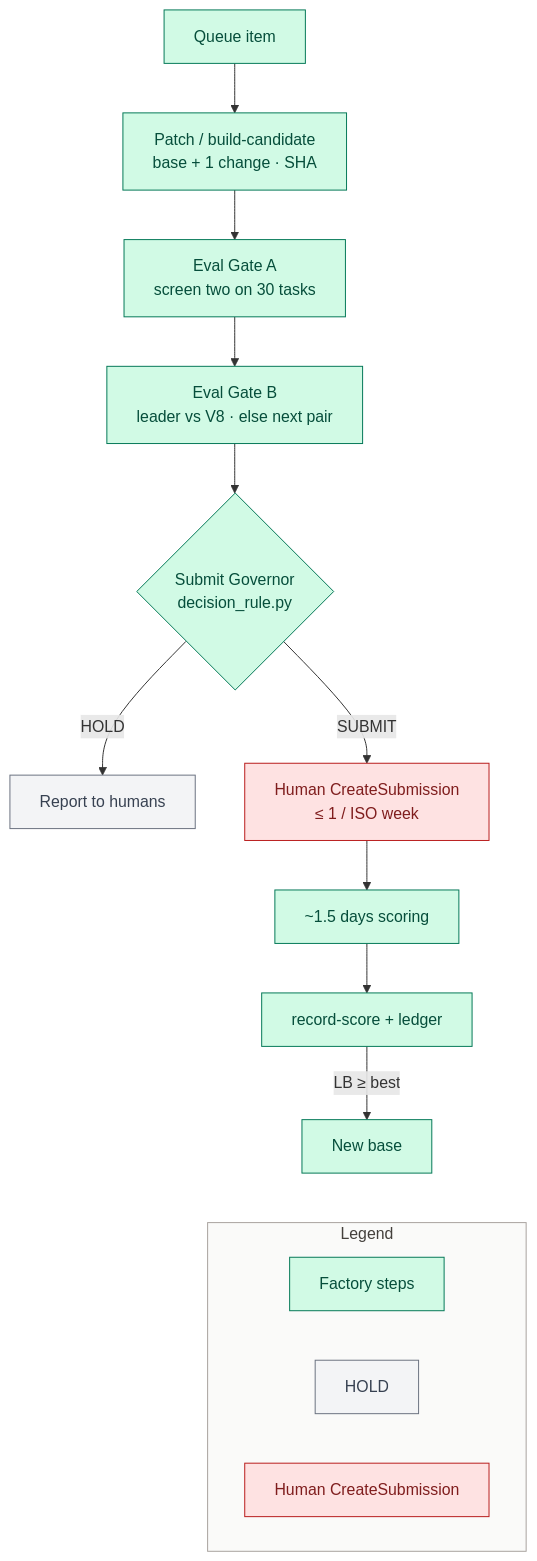
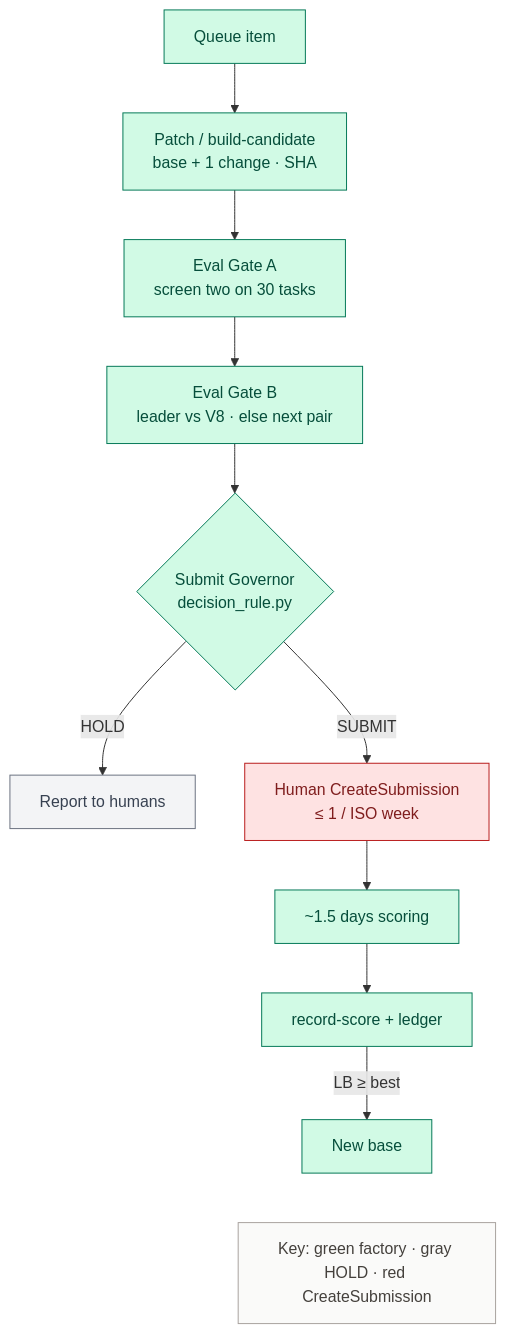
Before and after one commit to khaosans/noisegate-gemma4-factory: the second of 7 diagrams in docs/wiki/Architecture.md, drawn with Mermaid. The commit also changed other lines of this file and 4 other files, not shown here.

First line of the commit message:
docs: compact Mermaid legends to single Key lines

````diff
--- a/docs/wiki/Architecture.md
+++ b/docs/wiki/Architecture.md
@@ -72,28 +67,23 @@
 ```mermaid
 flowchart TB
   Q[Queue item] --> BC[Patch / build-candidate<br/>base + 1 change · SHA]
   BC --> GA[Eval Gate A<br/>screen two on 30 tasks]
   GA --> GB[Eval Gate B<br/>leader vs V8 · else next pair]
   GB --> WD{Submit Governor<br/>decision_rule.py}
   WD -->|HOLD| RH[Report to humans]
   WD -->|SUBMIT| CS[Human CreateSubmission<br/>≤ 1 / ISO week]
   CS --> Wait[~1.5 days scoring]
   Wait --> RS[record-score + ledger]
   RS -->|LB ≥ best| NB[New base]
 
-  subgraph Legend["Legend"]
-    direction LR
-    LegF[Factory steps]
-    LegH[HOLD]
-    LegS[Human CreateSubmission]
-  end
-  NB ~~~ LegF
+  Key["Key: green factory · gray HOLD · red CreateSubmission"]
+  NB ~~~ Key
 
   classDef factory fill:#D1FAE5,stroke:#047857,color:#064E3B
   classDef hitl fill:#FEE2E2,stroke:#B91C1C,color:#7F1D1D
   classDef hold fill:#F3F4F6,stroke:#6B7280,color:#374151
-  class Q,BC,GA,GB,WD,RS,NB,Wait,LegF factory
-  class CS,LegS hitl
-  class RH,LegH hold
-  style Legend fill:#FAFAF9,stroke:#A8A29E,color:#44403C
+  class Q,BC,GA,GB,WD,RS,NB,Wait factory
+  class CS hitl
+  class RH hold
+  style Key fill:#FAFAF9,stroke:#A8A29E,color:#44403C
 ```
````
